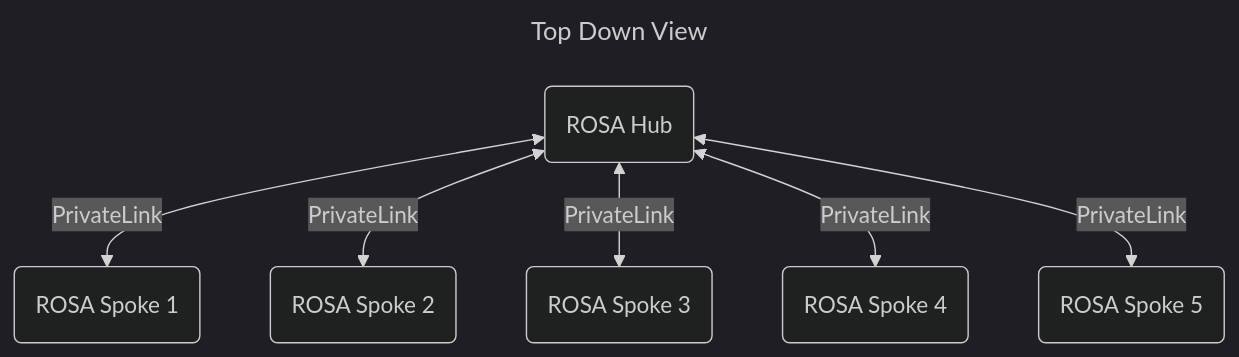
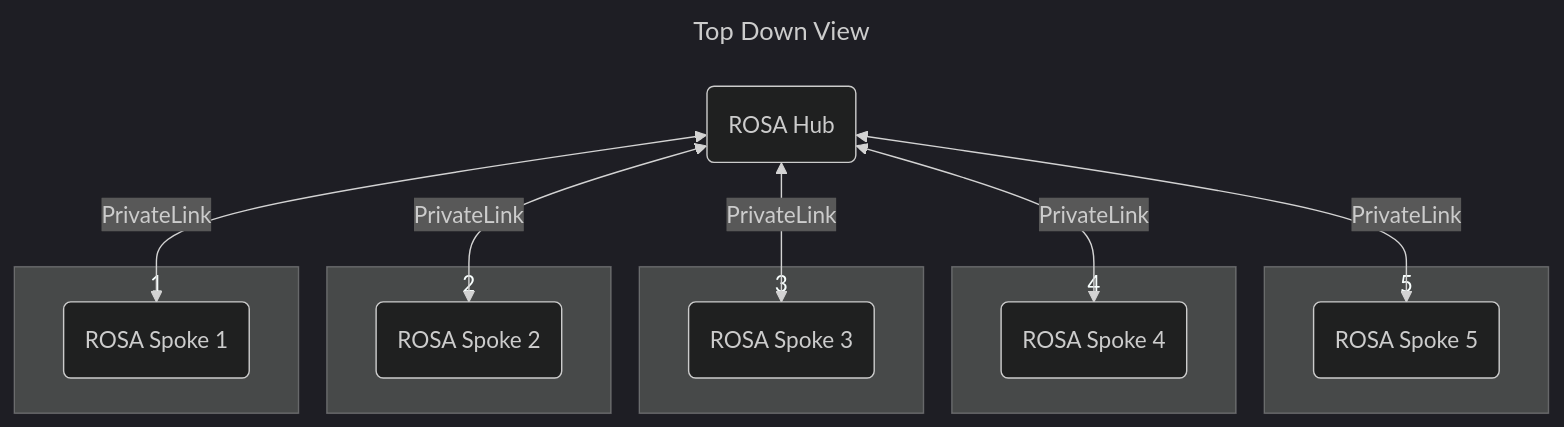
Before and after one commit to rosa-as-a-service/hub-rosa-gitops: the diagram in README.md, drawn with Mermaid (dark theme).

Commit message:
Try subgraphs

````diff
--- a/README.md
+++ b/README.md
@@ -26,18 +26,33 @@
 ```mermaid
 ---
 title: Top Down View
 ---
-graph TD;
+flowchart TD;
     hub(ROSA Hub)
     spoke1(ROSA Spoke 1)
     spoke2(ROSA Spoke 2)
     spoke3(ROSA Spoke 3)
     spoke4(ROSA Spoke 4)
     spoke5(ROSA Spoke 5)
 
+    subgraph 1
+    spoke1
+    end
     hub<-- PrivateLink -->spoke1
+    subgraph 2
+    spoke2
+    end
     hub<-- PrivateLink -->spoke2
+    subgraph 3
+    spoke3
+    end
     hub<-- PrivateLink -->spoke3
+    subgraph 4
+    spoke4
+    end
     hub<-- PrivateLink -->spoke4
+    subgraph 5
+    spoke5
+    end
     hub<-- PrivateLink -->spoke5
 ```
````
